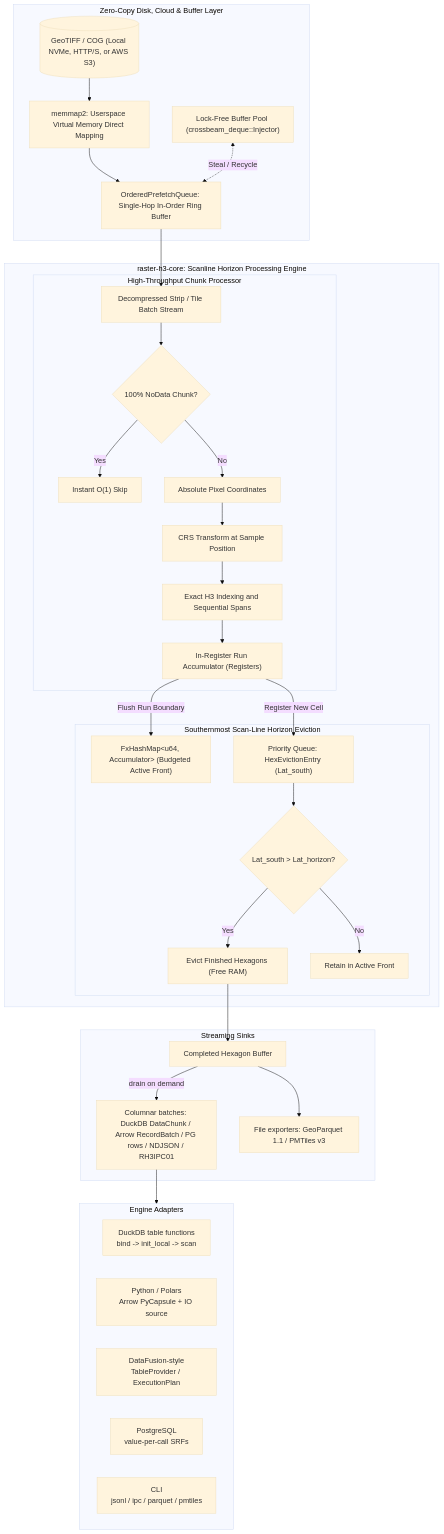
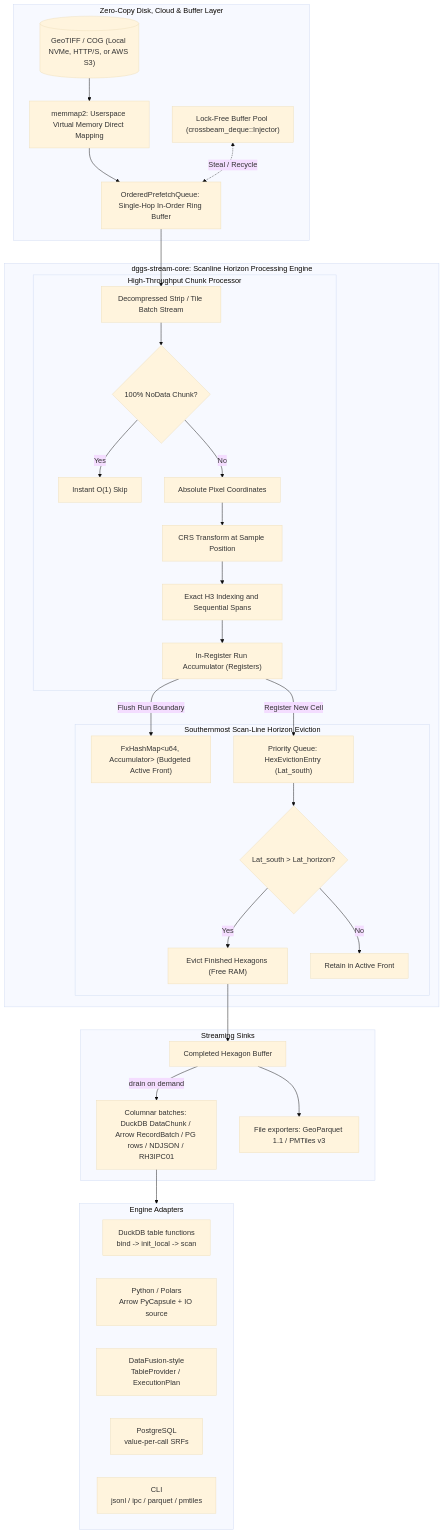
One commit to dmuldrew/dggs_stream changed the diagram in README.md. Above: the diagram before and after it, drawn with Mermaid (base theme). The commit also changed other lines of this file and 587 other files, not shown here.

First line of the commit message:
Rename the project from raster_h3 to dggs_stream

````diff
--- a/README.md
+++ b/README.md
@@ -513,56 +513,56 @@
 ```mermaid
 flowchart TD
     subgraph ENGINES ["Engine Adapters"]
         DUCK["DuckDB table functions<br/>bind -> init_local -> scan"]
         PY["Python / Polars<br/>Arrow PyCapsule + IO source"]
         DF["DataFusion-style<br/>TableProvider / ExecutionPlan"]
         PG["PostgreSQL<br/>value-per-call SRFs"]
         CLI["CLI<br/>jsonl / ipc / parquet / pmtiles"]
     end
 
     subgraph IO ["Zero-Copy Disk, Cloud & Buffer Layer"]
         FILE[("GeoTIFF / COG (Local NVMe, HTTP/S, or AWS S3)")]
         MMAP["memmap2: Userspace Virtual Memory Direct Mapping"]
         POOL["Lock-Free Buffer Pool (crossbeam_deque::Injector)"]
         QUEUE["OrderedPrefetchQueue: Single-Hop In-Order Ring Buffer"]
         FILE --> MMAP --> QUEUE
         POOL <.->|"Steal / Recycle"| QUEUE
     end
 
-    subgraph PIPELINE ["raster-h3-core: Scanline Horizon Processing Engine"]
+    subgraph PIPELINE ["dggs-stream-core: Scanline Horizon Processing Engine"]
         CHUNK["Decompressed Strip / Tile Batch Stream"]
         QUEUE --> CHUNK
 
         subgraph WORKER ["High-Throughput Chunk Processor"]
             NODATA{"100% NoData Chunk?"}
             CHUNK --> NODATA
             NODATA -- "Yes" --> SKIP["Instant O(1) Skip"]
             NODATA -- "No" --> HOIST["Absolute Pixel Coordinates"]
             HOIST --> STEP["CRS Transform at Sample Position"]
             STEP --> LOOKAHEAD["Exact H3 Indexing and Sequential Spans"]
             LOOKAHEAD --> RUN["In-Register Run Accumulator (Registers)"]
         end
 
         subgraph HORIZON ["Southernmost Scan-Line Horizon Eviction"]
             ACTIVE_MAP["FxHashMap&lt;u64, Accumulator&gt; (Budgeted Active Front)"]
             PQUEUE["Priority Queue: HexEvictionEntry (Lat_south)"]
             RUN -->|"Flush Run Boundary"| ACTIVE_MAP
             RUN -->|"Register New Cell"| PQUEUE
             EVICT{"Lat_south > Lat_horizon?"}
             PQUEUE --> EVICT
             EVICT -- "Yes" --> POP["Evict Finished Hexagons (Free RAM)"]
             EVICT -- "No" --> KEEP["Retain in Active Front"]
         end
     end
 
     subgraph OUTPUT ["Streaming Sinks"]
         BUFFER["Completed Hexagon Buffer"]
         POP --> BUFFER
         BATCH["Columnar batches: DuckDB DataChunk / Arrow RecordBatch / PG rows / NDJSON / RH3IPC01"]
         FILES["File exporters: GeoParquet 1.1 / PMTiles v3"]
         BUFFER -->|"drain on demand"| BATCH
         BUFFER --> FILES
     end
 
     BATCH --> ENGINES
 ```
````
